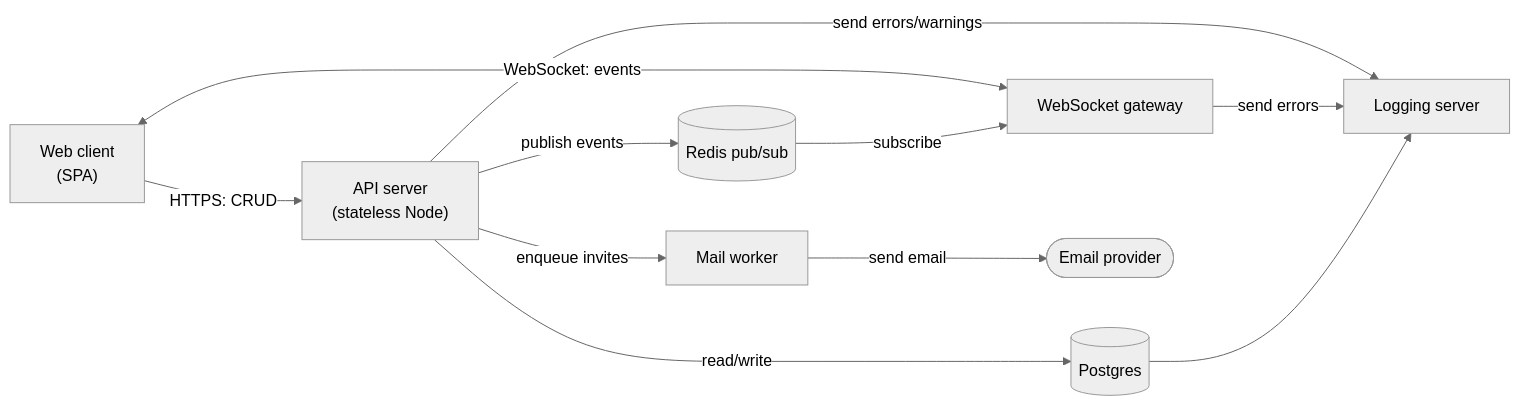
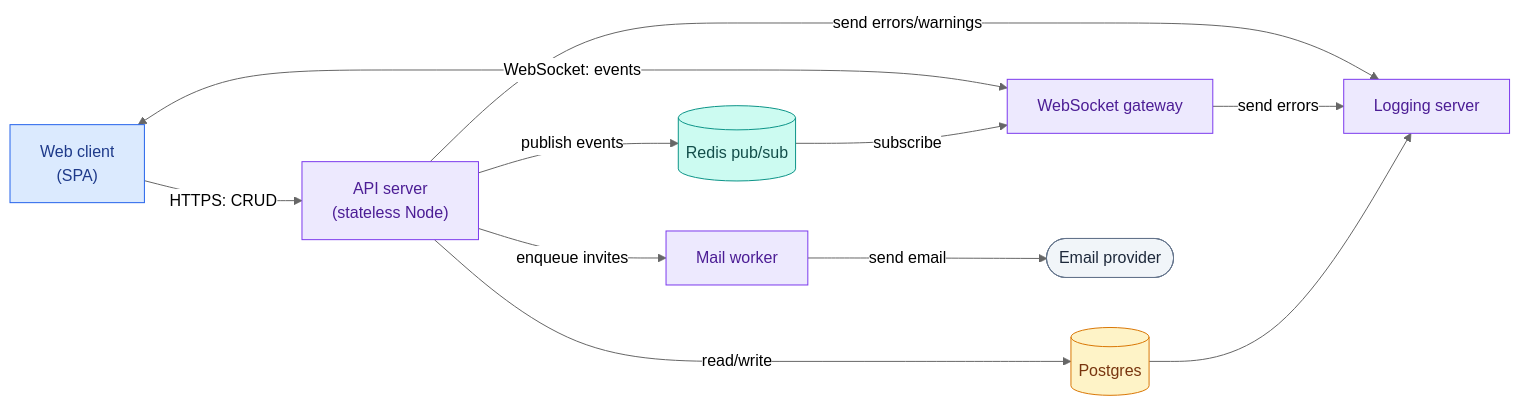
The first of 7 diagrams in example/example-spec.md (ficocelliguy/spec-tacle), drawn with Mermaid (neutral theme) before and after one commit. The commit also changed other lines of this file and 16 other files, not shown here.

````diff
--- a/example/example-spec.md
+++ b/example/example-spec.md
@@ -184,22 +184,33 @@
 ```mermaid
 flowchart LR
   Browser["Web client\n(SPA)"]
   API["API server\n(stateless Node)"]
   WS["WebSocket gateway"]
   PG[(Postgres)]
   Redis[(Redis pub/sub)]
   Mail["Mail worker"]
   Provider([Email provider])
   Logger["Logging server"]
 
   Browser -->|"HTTPS: CRUD"| API
   Browser <-->|"WebSocket: events"| WS
   API -->|"read/write"| PG
   API -->|"publish events"| Redis
   Redis -->|"subscribe"| WS
   API -->|"enqueue invites"| Mail
   Mail -->|"send email"| Provider
   API -->|"send errors/warnings"| Logger
   WS -->|"send errors"| Logger
   PG --> Logger
+
+  classDef blue fill:#dbeafe,stroke:#2563eb,color:#1e3a8a
+  classDef purple fill:#ede9fe,stroke:#7c3aed,color:#4c1d95
+  classDef teal fill:#ccfbf1,stroke:#0d9488,color:#134e4a
+  classDef amber fill:#fef3c7,stroke:#d97706,color:#78350f
+  classDef gray fill:#f1f5f9,stroke:#64748b,color:#1e293b
+  class Browser blue
+  class API,WS,Mail,Logger purple
+  class Redis teal
+  class PG amber
+  class Provider gray
 ```
````
